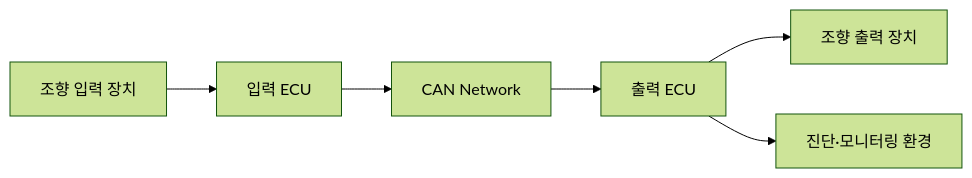
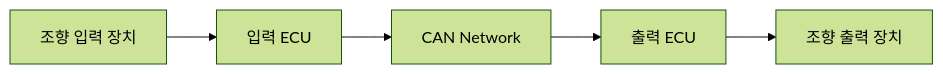
Before and after one commit to kwangil1245-code/iso26262-sbw-failsafe: the second of 4 diagrams in iso26262-sbw-failsafe/workproducts/02_System_Design.md, drawn with Mermaid (forest theme). The commit also changed other lines of this file, not shown here.

````diff
--- a/iso26262-sbw-failsafe/workproducts/02_System_Design.md
+++ b/iso26262-sbw-failsafe/workproducts/02_System_Design.md
@@ -50,8 +56,7 @@
 ```mermaid
 flowchart LR
     A["조향 입력 장치"] --> B["입력 ECU"]
     B --> C["CAN Network"]
     C --> D["출력 ECU"]
     D --> E["조향 출력 장치"]
-    D --> F["진단·모니터링 환경"]
 ```
````
